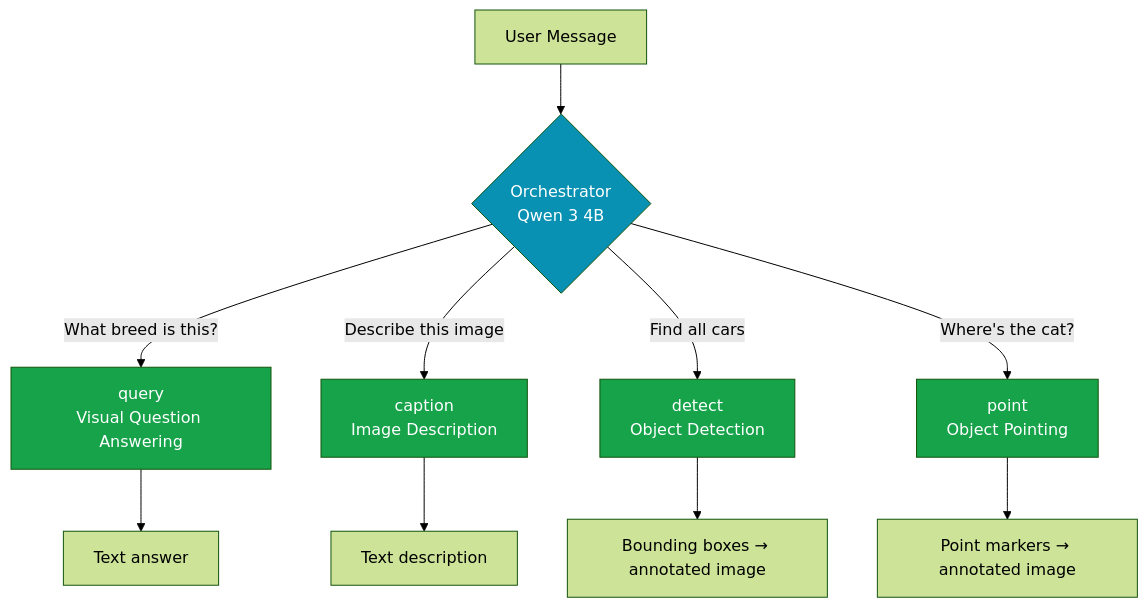
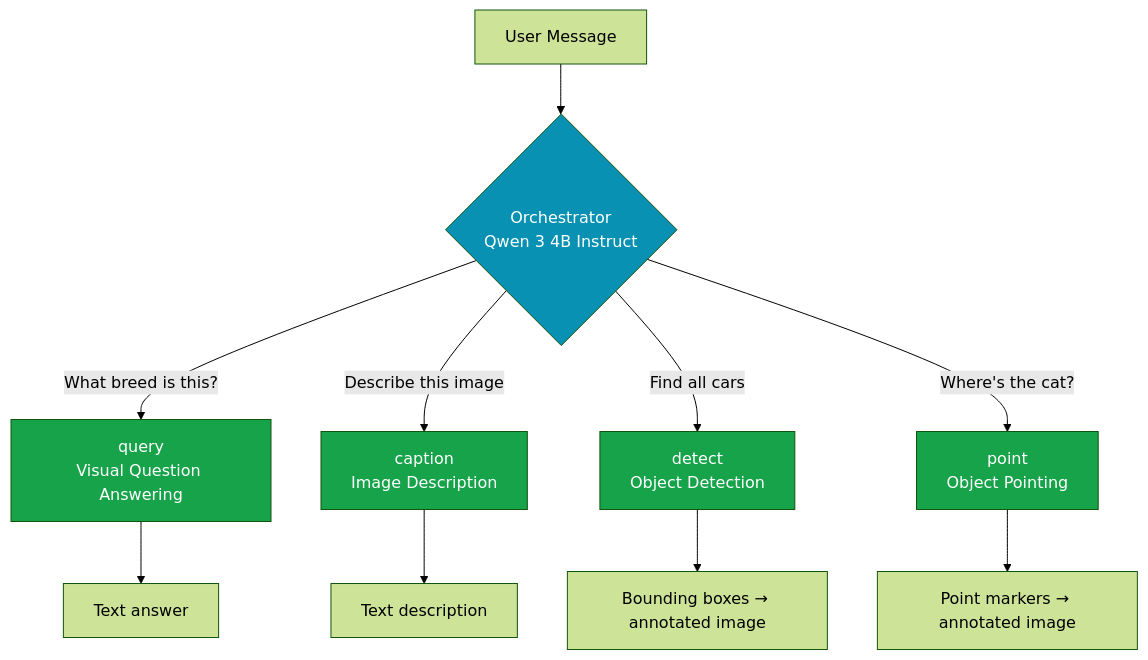
Before and after one commit to dattazigzag/better_moondream_demo: the third of 4 diagrams in README.md, drawn with Mermaid (forest theme). The commit also changed other lines of this file and 1 other file, not shown here.

First line of the commit message:
Fix Qwen 3 thinking mode issue, document model choice and regex fallback

````diff
--- a/README.md
+++ b/README.md
@@ -67,19 +73,19 @@
 ```mermaid
 graph TD
-    Q[User Message] --> O{Orchestrator<br/>Qwen 3 4B}
+    Q[User Message] --> O{Orchestrator<br/>Qwen 3 4B Instruct}
     O -->|"What breed is this?"| VQA[query<br/>Visual Question Answering]
     O -->|"Describe this image"| CAP[caption<br/>Image Description]
     O -->|"Find all cars"| DET[detect<br/>Object Detection]
     O -->|"Where's the cat?"| PT[point<br/>Object Pointing]
 
     VQA --> T1[Text answer]
     CAP --> T2[Text description]
     DET --> B[Bounding boxes → annotated image]
     PT --> P[Point markers → annotated image]
 
     style O fill:#0891b2,color:#fff
     style VQA fill:#16a34a,color:#fff
     style CAP fill:#16a34a,color:#fff
     style DET fill:#16a34a,color:#fff
     style PT fill:#16a34a,color:#fff
 ```
````
